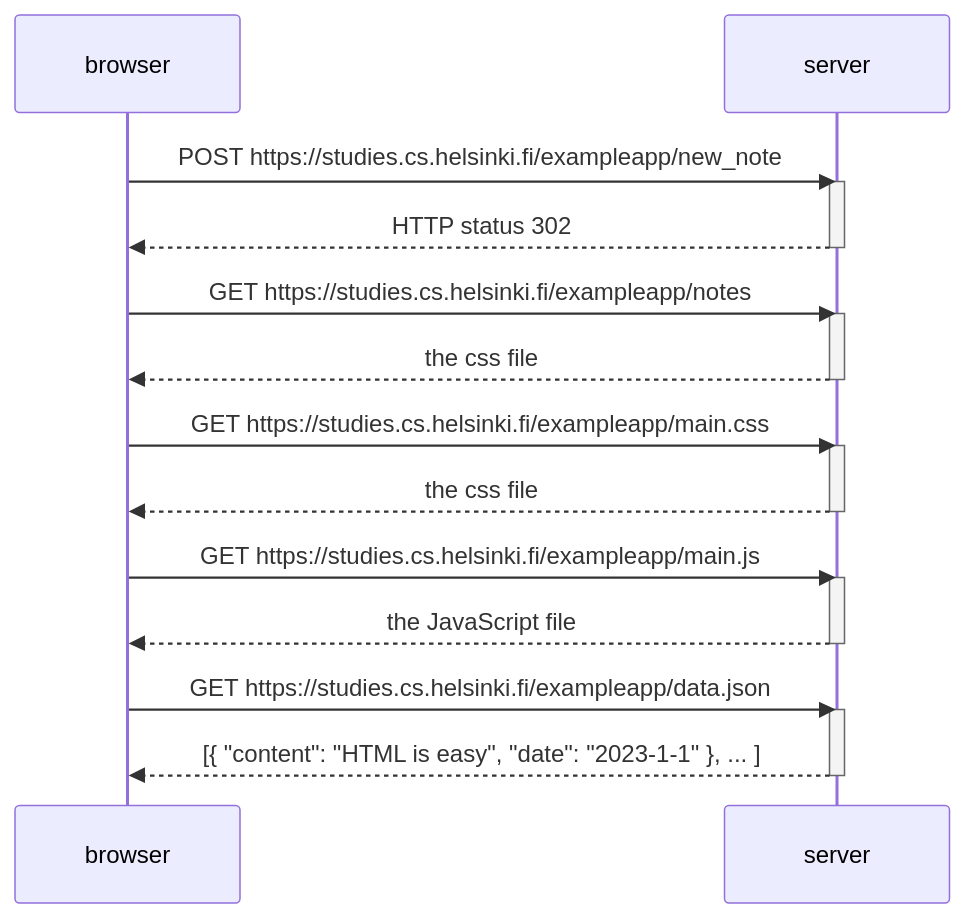
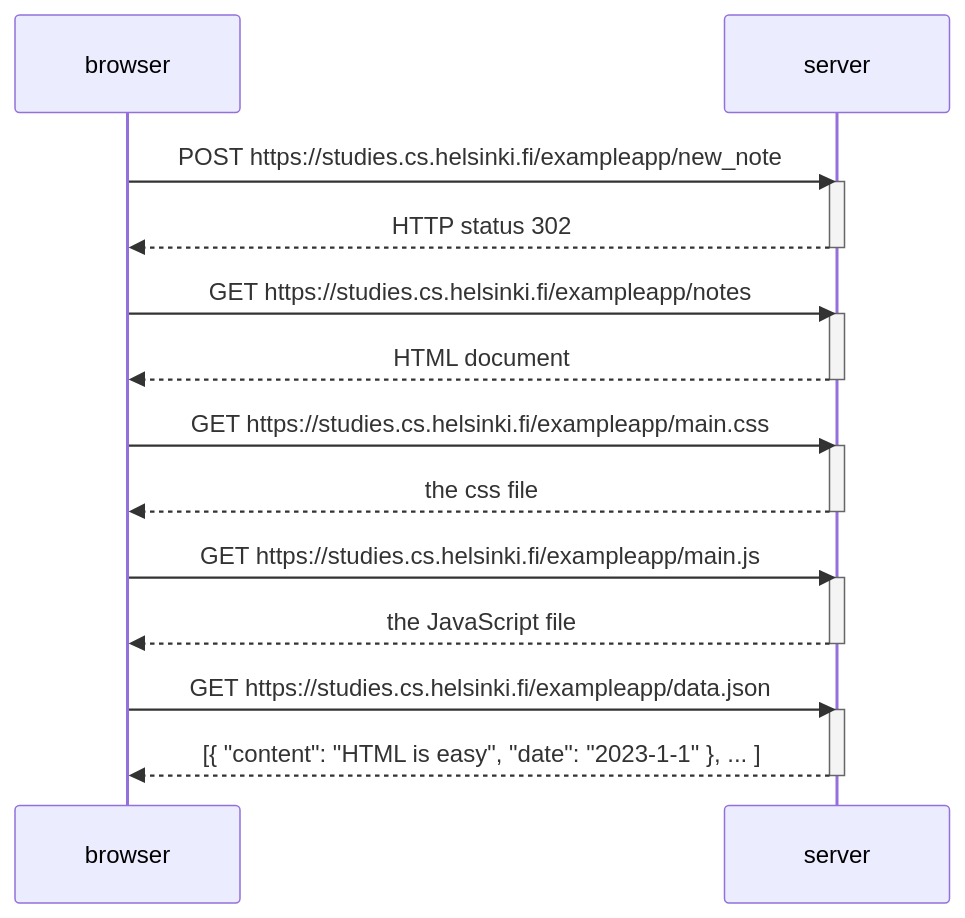
One commit to arvidkullhammar/Fullstack-Open changed the diagram in part0/0.4.md. Above: the diagram before and after it, drawn with Mermaid.

````diff
--- a/part0/0.4.md
+++ b/part0/0.4.md
@@ -1,31 +1,31 @@
 ```mermaid
 sequenceDiagram
     participant browser
     participant server
 
     browser->>server: POST https://studies.cs.helsinki.fi/exampleapp/new_note
     activate server
     server-->>browser: HTTP status 302
     deactivate server
 
     browser->>server: GET https://studies.cs.helsinki.fi/exampleapp/notes
     activate server
-    server-->>browser: the css file
+    server-->>browser: HTML document
     deactivate server
 
     browser->>server: GET https://studies.cs.helsinki.fi/exampleapp/main.css
     activate server
     server-->>browser: the css file
     deactivate server
 
     browser->>server: GET https://studies.cs.helsinki.fi/exampleapp/main.js
     activate server
     server-->>browser: the JavaScript file
     deactivate server
 
 
     browser->>server: GET https://studies.cs.helsinki.fi/exampleapp/data.json
     activate server
     server-->>browser: [{ "content": "HTML is easy", "date": "2023-1-1" }, ... ]
     deactivate server
 ```
````
